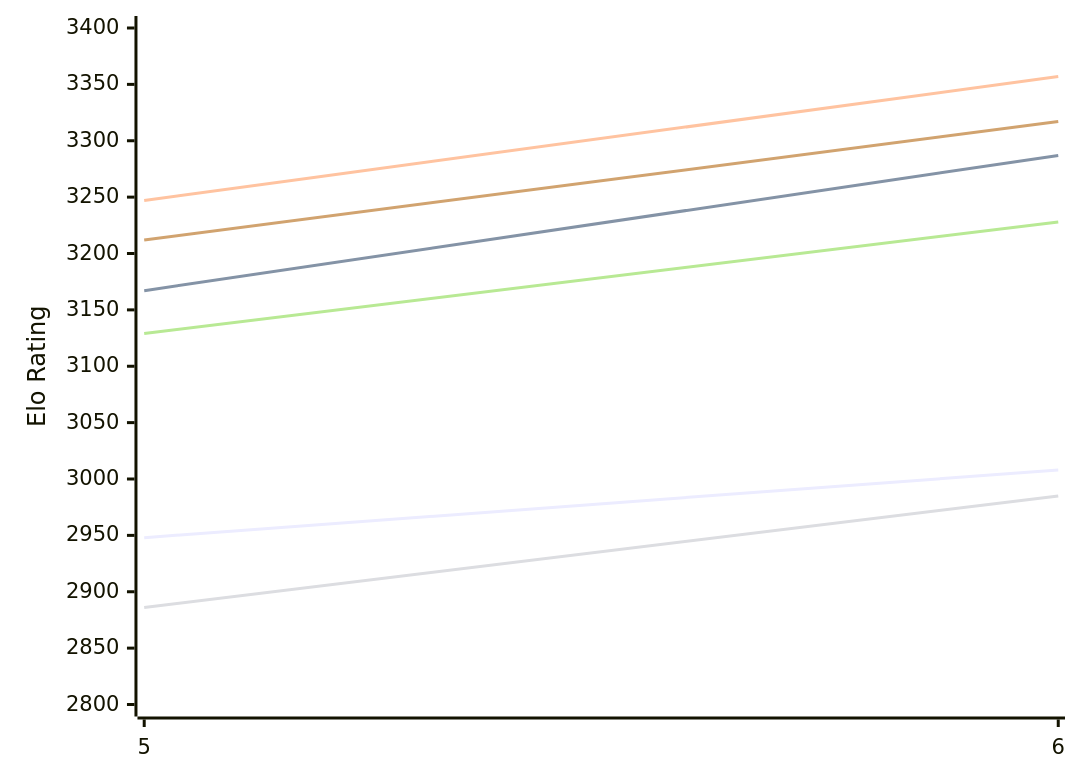
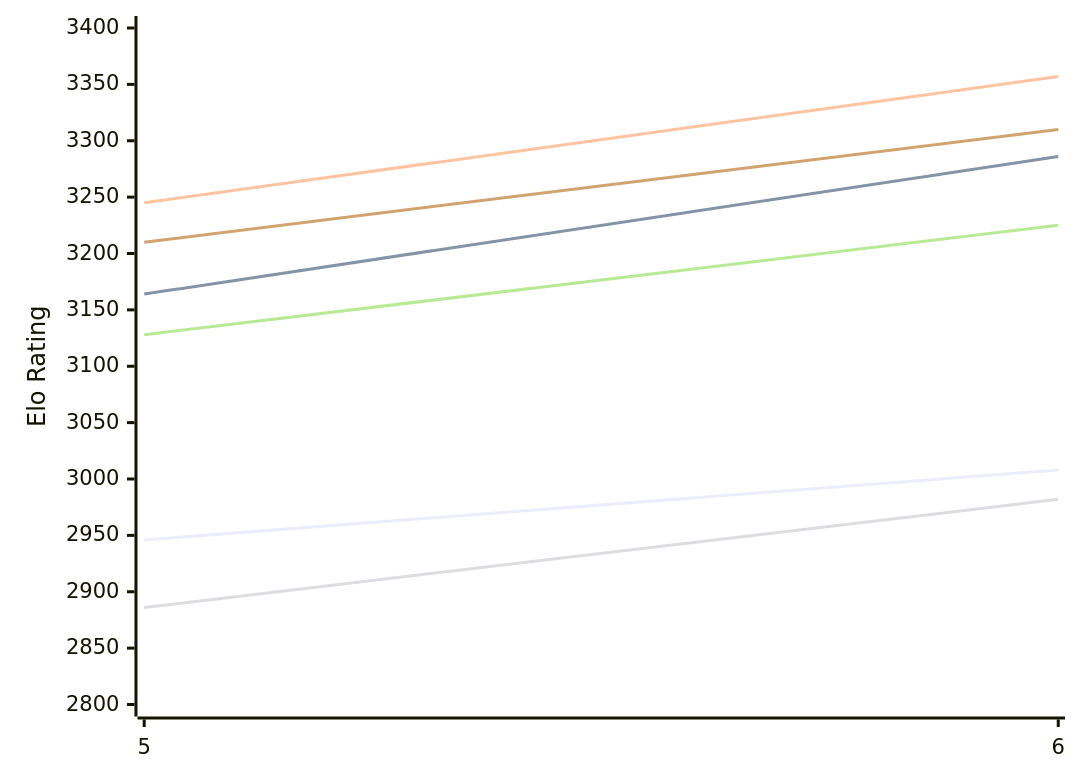
One commit to computer-chess-index/cci changed the first of 2 diagrams in engines/Cwtch.md. Above: the diagram before and after it, drawn with Mermaid. The commit also changed other lines of this file, not shown here.

Commit message:
Update CCI Ratings (ELO VLTC) - 2026-11-19

````diff
--- a/engines/Cwtch.md
+++ b/engines/Cwtch.md
@@ -51,12 +51,12 @@
 ```mermaid
 %%{init: {"theme":"base","themeVariables":{"seriesColors:['#a3a3a3','#222221','#faa371']}}}%%
 xychart-beta
   x-axis ["5", "6"]
   y-axis "Elo Rating" 2800 --> 3400
-  line "E1: STC (8.0+0.08s)" [2948, 3008]
-  line "E1: LTC (60.0+0.60s)" [3167, 3287]
-  line "E1: VLTC (2m24s+1.12s)" [3247, 3357]
-  line "P1: STC (8.0+0.08s)" [2886, 2985]
-  line "P1: LTC (60.0+0.60s)" [3129, 3228]
-  line "P1: VLTC (2m24s+1.12s)" [3212, 3317]
+  line "E1: STC (8.0+0.08s)" [2946, 3008]
+  line "E1: LTC (60.0+0.60s)" [3164, 3286]
+  line "E1: VLTC (2m24s+1.12s)" [3245, 3357]
+  line "P1: STC (8.0+0.08s)" [2886, 2982]
+  line "P1: LTC (60.0+0.60s)" [3128, 3225]
+  line "P1: VLTC (2m24s+1.12s)" [3210, 3310]
 ```
````
